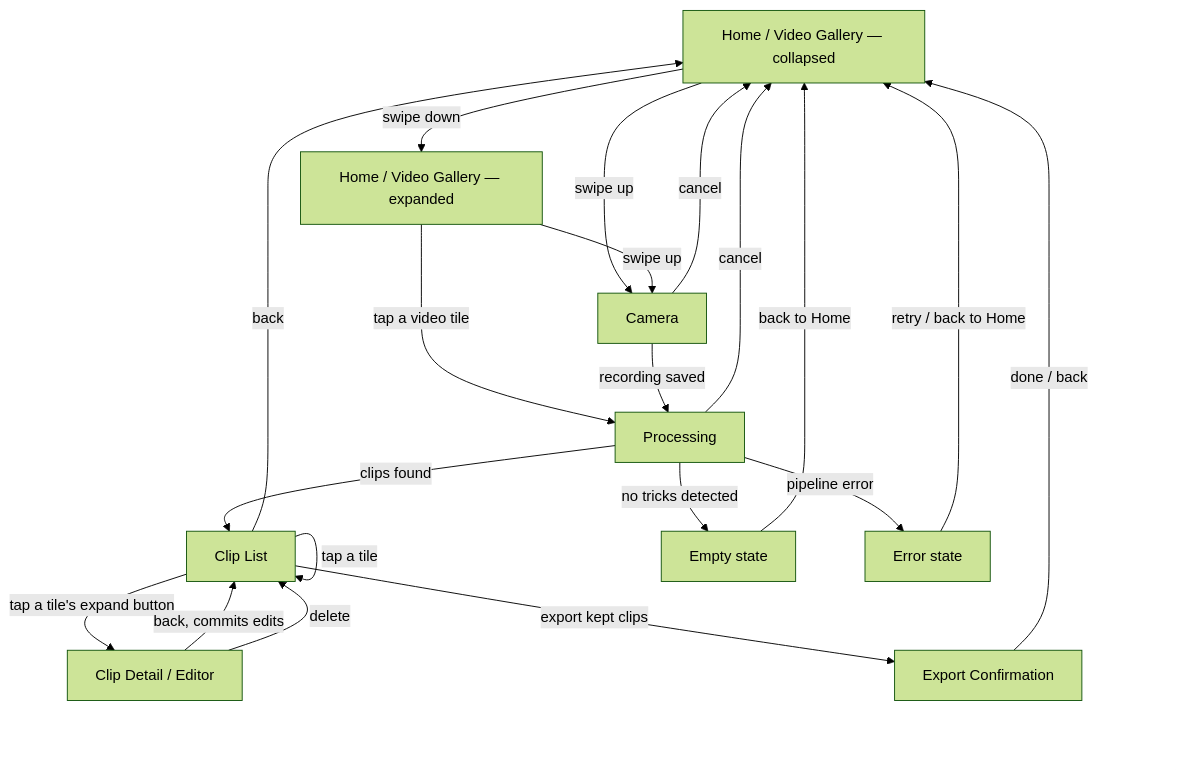
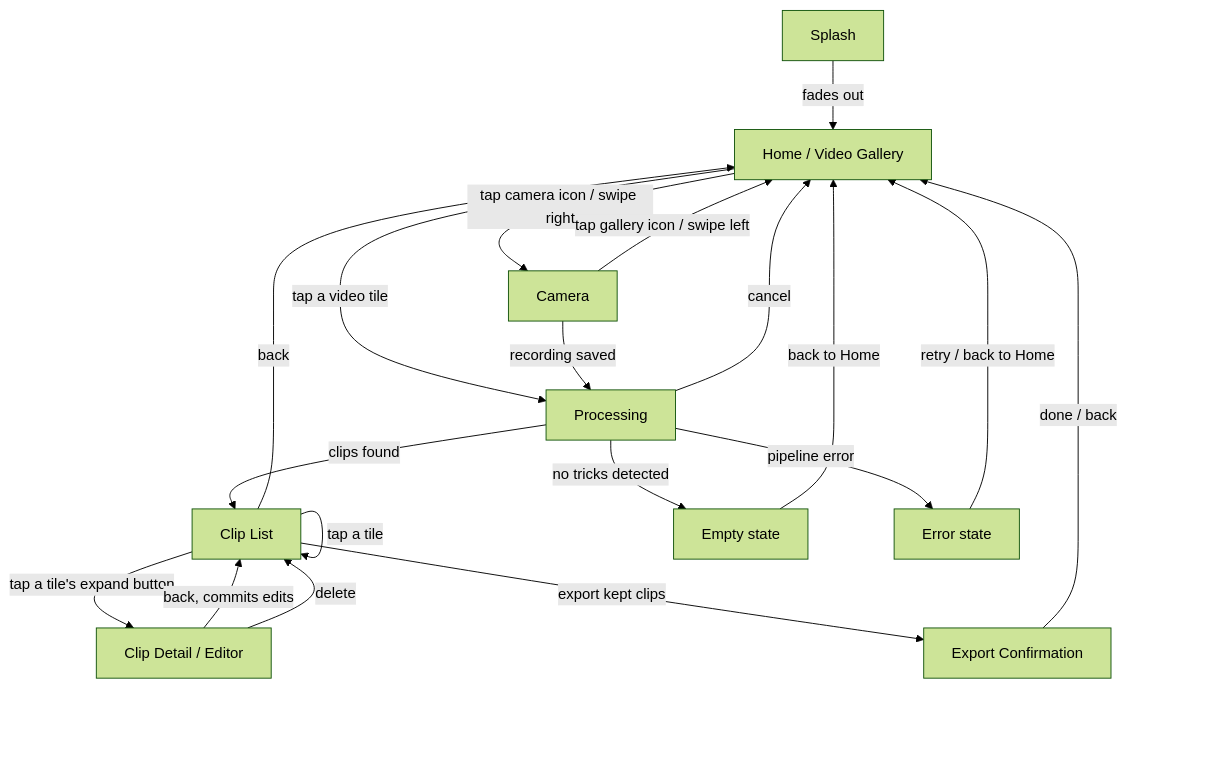
One commit to claoie/turnip-ios changed the diagram in docs/UIUX.md. Above: the diagram before and after it, drawn with Mermaid (forest theme). The commit also changed other lines of this file and 5 other files, not shown here.

First line of the commit message:
UI: replace swipe-to-reveal landing with a plain grid, floating tab bar, splash

````diff
--- a/docs/UIUX.md
+++ b/docs/UIUX.md
@@ -30,22 +30,21 @@
 ```mermaid
 flowchart TD
-    A[Home / Video Gallery — collapsed] -->|swipe down| A2[Home / Video Gallery — expanded]
-    A2 -->|tap a video tile| B[Processing]
-    A -->|swipe up| G[Camera]
-    A2 -->|swipe up| G
+    S[Splash] -->|fades out| A
+    A[Home / Video Gallery] -->|tap a video tile| B[Processing]
+    A -->|tap camera icon / swipe right| G[Camera]
+    G -->|tap gallery icon / swipe left| A
     G -->|recording saved| B
-    G -->|cancel| A
     B -->|clips found| C[Clip List]
     B -->|no tricks detected| E1[Empty state]
     B -->|pipeline error| E2[Error state]
     B -->|cancel| A
     E1 -->|back to Home| A
     E2 -->|retry / back to Home| A
     C -->|tap a tile| C
     C -->|tap a tile's expand button| D[Clip Detail / Editor]
     D -->|back, commits edits| C
     D -->|delete| C
     C -->|export kept clips| F[Export Confirmation]
     F -->|done / back| A
     C -->|back| A
 ```
````
